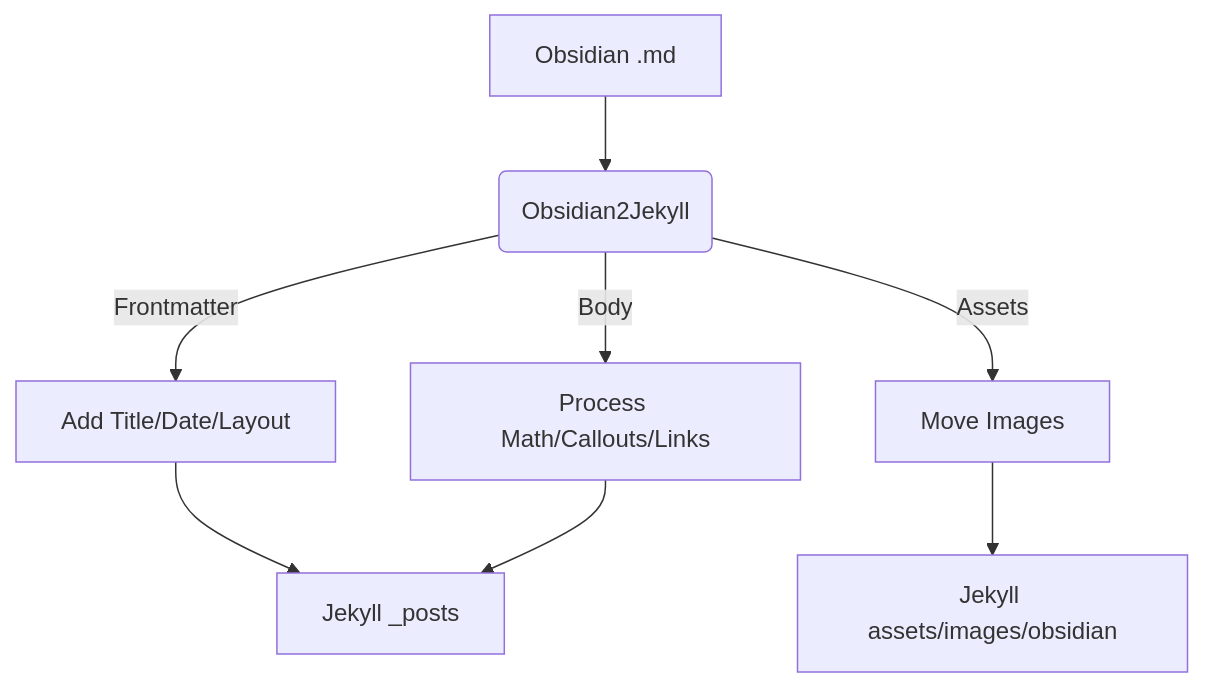
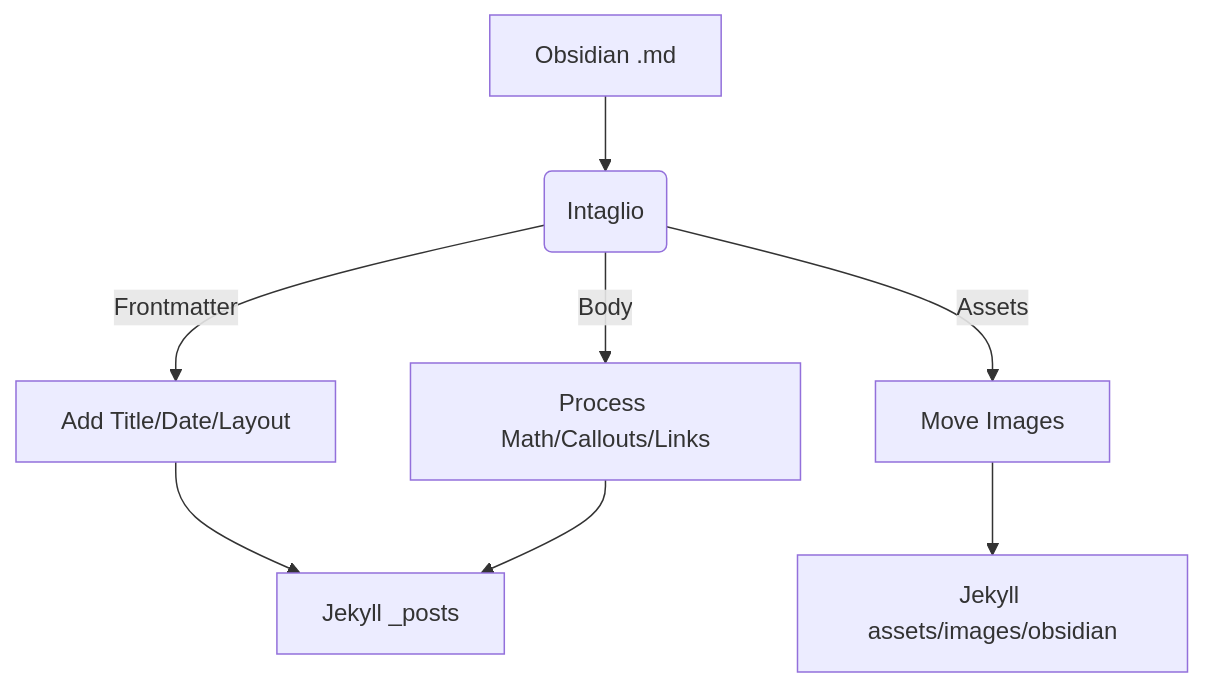
Before and after one commit to kckhchen/obsidian-2-jekyll: the diagram in assets/docs/GUIDE.md, drawn with Mermaid. The commit also changed 2 other files, not shown here.

Commit message:
fix: change other reference to old names to intaglio

````diff
--- a/assets/docs/GUIDE.md
+++ b/assets/docs/GUIDE.md
@@ -147,10 +147,10 @@
 ```mermaid
 graph TB
-    A[Obsidian .md] --> B(Obsidian2Jekyll)
+    A[Obsidian .md] --> B(Intaglio)
     B -->|Frontmatter| D[Add Title/Date/Layout]
     B -->|Body| E[Process Math/Callouts/Links]
     B -->|Assets| F[Move Images]
     D --> G[Jekyll _posts]
     E --> G
     F --> H[Jekyll assets/images/obsidian]
 ```
````
